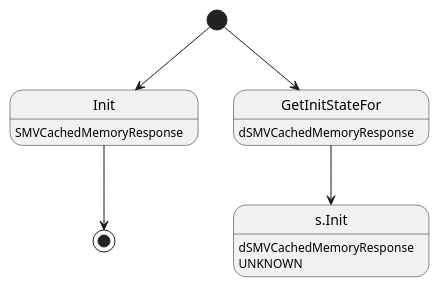
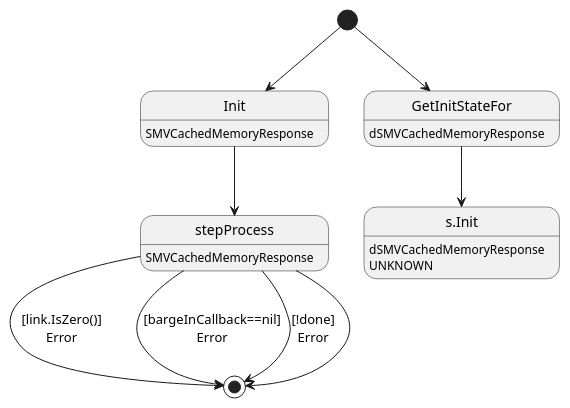
The diagram in ledger-core/virtual/handlers/vcachedmemoryresponse.plantuml (insolar/assured-ledger), drawn with PlantUML before and after one commit. The commit also changed 6 other files, not shown here.

```diff
--- a/ledger-core/virtual/handlers/vcachedmemoryresponse.plantuml
+++ b/ledger-core/virtual/handlers/vcachedmemoryresponse.plantuml
@@ -1,13 +1,19 @@
 @startuml
 state "Init" as T01_S001
 T01_S001 : SMVCachedMemoryResponse
 [*] --> T01_S001
-T01_S001 --> [*]
+T01_S001 --> T01_S002
+state "stepProcess" as T01_S002
+T01_S002 : SMVCachedMemoryResponse
+T01_S002 --> [*] : [link.IsZero()]\nError
+T01_S002 --> [*] : [bargeInCallback==nil]\nError
+T01_S002 --> [*] : [!done]\nError
+T01_S002 --> [*]
 state "GetInitStateFor" as T00_S001
 T00_S001 : dSMVCachedMemoryResponse
 [*] --> T00_S001
 state "s.Init" as T00_U001
 T00_U001 : dSMVCachedMemoryResponse
 T00_U001 : UNKNOWN 
 T00_S001 --> T00_U001
 @enduml
```
